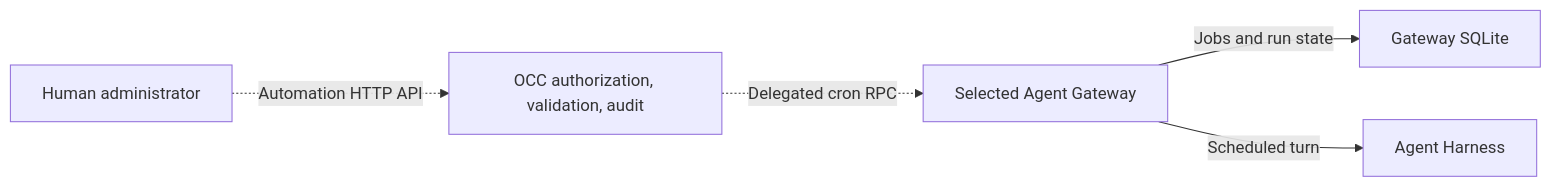
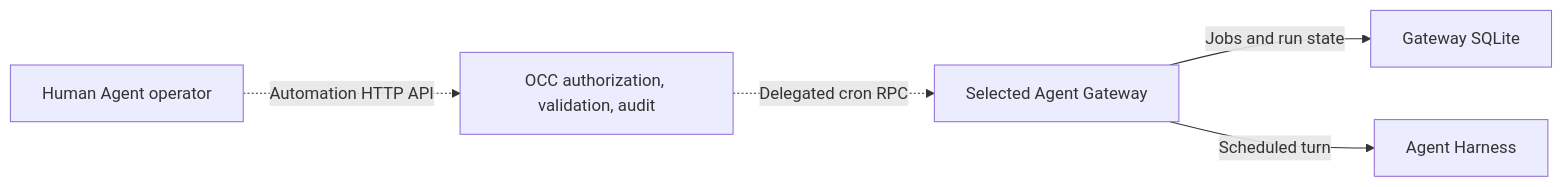
One commit to openclaw/openclaw-enterprise changed the diagram in specs/rfcs/20261121-agent-automations.md. Above: the diagram before and after it, drawn with Mermaid. The commit also changed other lines of this file and 1 other file, not shown here.

Commit message:
docs: revise automation authority and execution history

````diff
--- a/specs/rfcs/20261121-agent-automations.md
+++ b/specs/rfcs/20261121-agent-automations.md
@@ -42,7 +43,7 @@
 ```mermaid
 flowchart LR
-  A["Human administrator"] -.->|"Automation HTTP API"| O["OCC authorization, validation, audit"]
+  A["Human Agent operator"] -.->|"Automation HTTP API"| O["OCC authorization, validation, audit"]
   O -.->|"Delegated cron RPC"| G["Selected Agent Gateway"]
   G -->|"Jobs and run state"| S["Gateway SQLite"]
   G -->|"Scheduled turn"| H["Agent Harness"]
 ```
````
